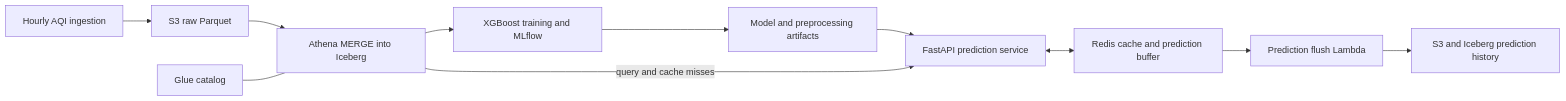
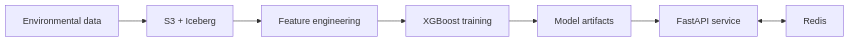
Before and after one commit to aneeshreddy2304/AirPulse: the diagram in README.md, drawn with Mermaid. The commit also changed other lines of this file and 7 other files, not shown here.

````diff
--- a/README.md
+++ b/README.md
@@ -31,13 +24,9 @@
 ```mermaid
 flowchart LR
-    A[Hourly AQI ingestion] --> B[S3 raw Parquet]
-    B --> C[Athena MERGE into Iceberg]
-    G[Glue catalog] --- C
-    C --> D[XGBoost training and MLflow]
-    D --> E[Model and preprocessing artifacts]
-    E --> F[FastAPI prediction service]
-    C -->|query and cache misses| F
-    F <--> R[Redis cache and prediction buffer]
-    R --> L[Prediction flush Lambda]
-    L --> H[S3 and Iceberg prediction history]
+  A[Environmental data] --> B[S3 + Iceberg]
+  B --> C[Feature engineering]
+  C --> D[XGBoost training]
+  D --> E[Model artifacts]
+  E --> F[FastAPI service]
+  F <--> G[Redis]
 ```
````
